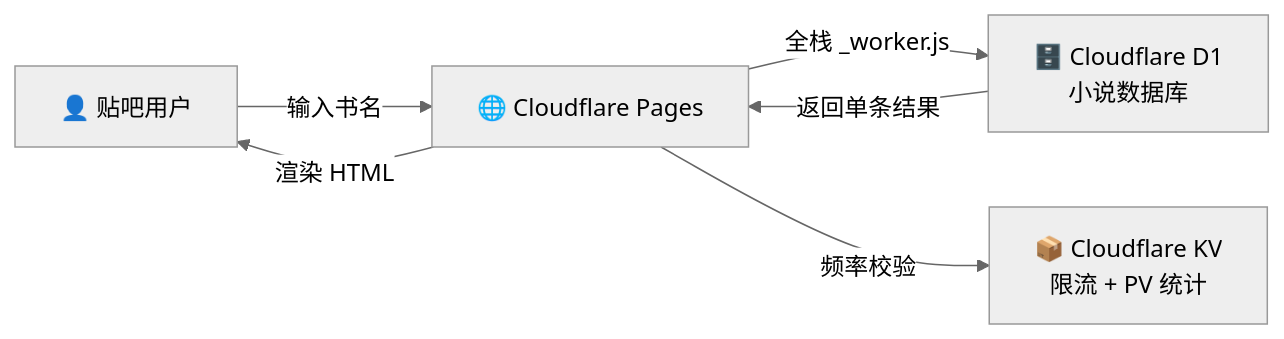
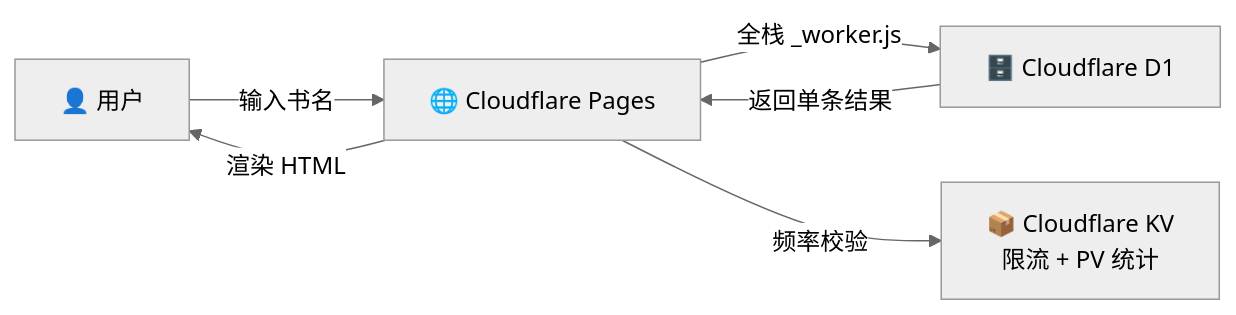
The diagram in README.md (zyl-linnn/novel-search-serverless), drawn with Mermaid (neutral theme) before and after one commit. The commit also changed other lines of this file, not shown here.

````diff
--- a/README.md
+++ b/README.md
@@ -35,8 +33,8 @@
 ```mermaid
 graph LR
-    A[👤 贴吧用户] -->|输入书名| B[🌐 Cloudflare Pages]
-    B -->|全栈 _worker.js| C[🗄️ Cloudflare D1<br/>小说数据库]
+    A[👤 用户] -->|输入书名| B[🌐 Cloudflare Pages]
+    B -->|全栈 _worker.js| C[🗄️ Cloudflare D1<br/>]
     B -->|频率校验| D[📦 Cloudflare KV<br/>限流 + PV 统计]
     C -->|返回单条结果| B
     B -->|渲染 HTML| A
 ```
````
